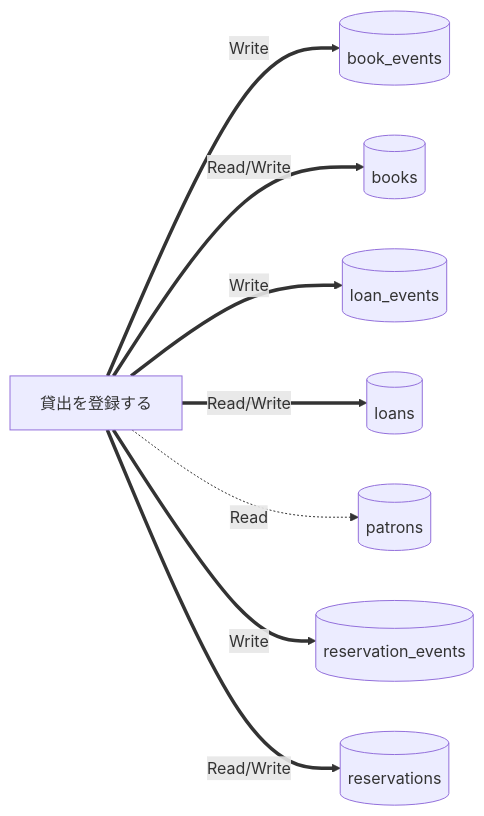
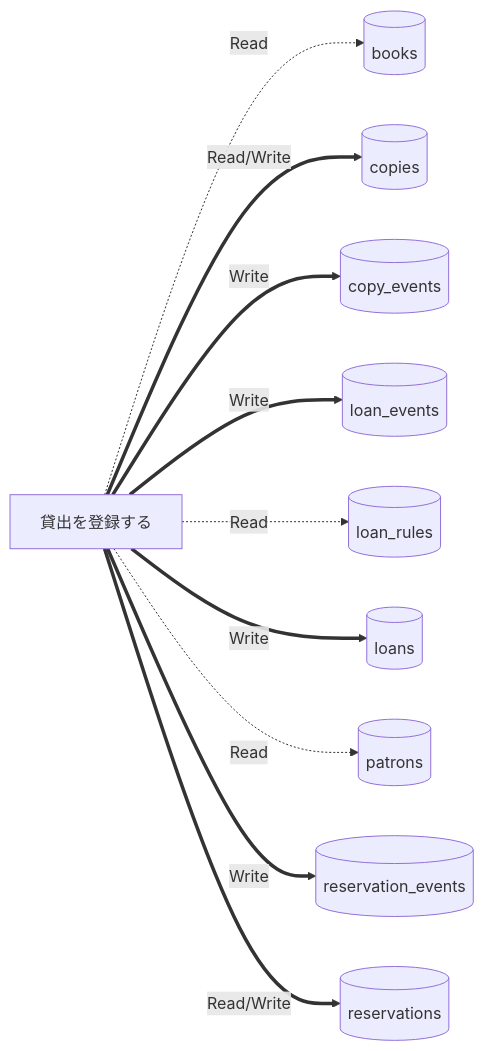
The diagram in samples/distillery2/library-loan/docs/as-built/_system/data-flow.md (suwa-sh/suwa-sh-claude-plugins), drawn with Mermaid before and after one commit. The commit also changed other lines of this file and 249 other files, not shown here.

````diff
--- a/samples/distillery2/library-loan/docs/as-built/_system/data-flow.md
+++ b/samples/distillery2/library-loan/docs/as-built/_system/data-flow.md
@@ -15,18 +17,22 @@
 ```mermaid
 flowchart LR
-    n7[貸出を登録する]
-    n0[(book_events)]
-    n1[(books)]
-    n2[(loan_events)]
-    n3[(loans)]
-    n4[(patrons)]
-    n5[(reservation_events)]
-    n6[(reservations)]
-    n7 == Write ==> n0
-    n7 == Read/Write ==> n1
-    n7 == Write ==> n2
-    n7 == Read/Write ==> n3
-    n7 -. Read .-> n4
-    n7 == Write ==> n5
-    n7 == Read/Write ==> n6
+    n9[貸出を登録する]
+    n0[(books)]
+    n1[(copies)]
+    n2[(copy_events)]
+    n3[(loan_events)]
+    n4[(loan_rules)]
+    n5[(loans)]
+    n6[(patrons)]
+    n7[(reservation_events)]
+    n8[(reservations)]
+    n9 -. Read .-> n0
+    n9 == Read/Write ==> n1
+    n9 == Write ==> n2
+    n9 == Write ==> n3
+    n9 -. Read .-> n4
+    n9 == Write ==> n5
+    n9 -. Read .-> n6
+    n9 == Write ==> n7
+    n9 == Read/Write ==> n8
 ```
````
